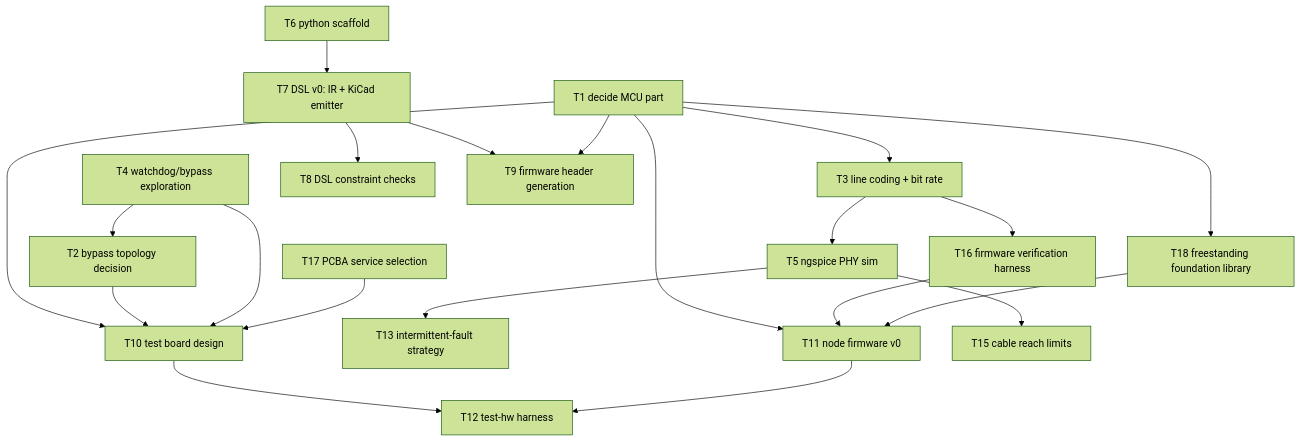
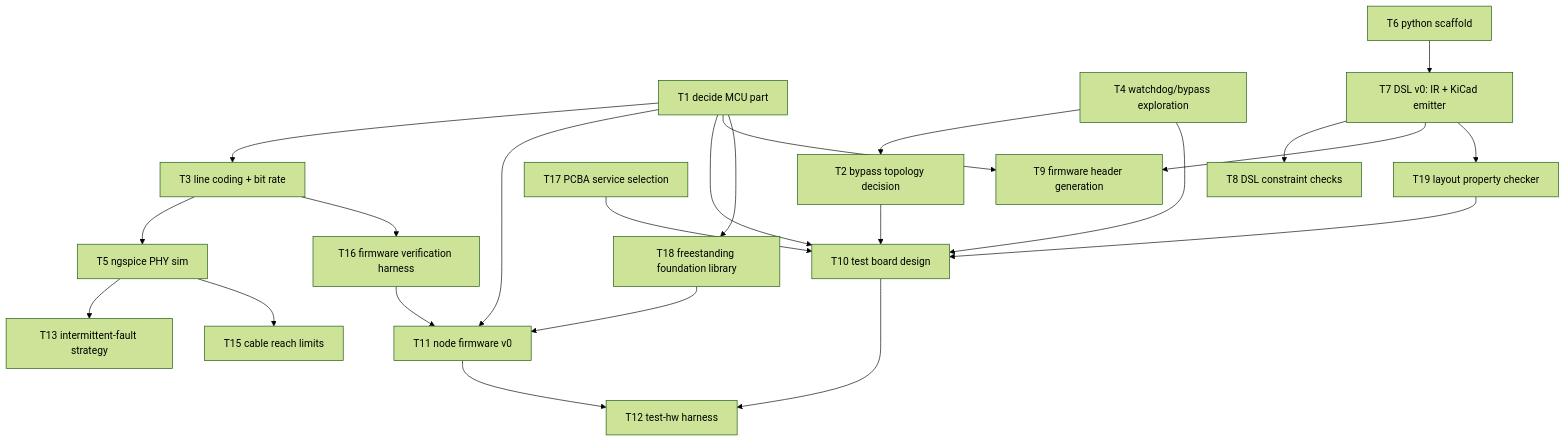
Before and after one commit to kristofferkoch/oparroy: the diagram in KANBAN.md, drawn with Mermaid (forest theme). The commit also changed other lines of this file and 1 other file, not shown here.

First line of the commit message:
DESIGN: layout property checking, board-level checklist; KANBAN: T19

````diff
--- a/KANBAN.md
+++ b/KANBAN.md
@@ -34,23 +34,25 @@
 ```mermaid
 graph TD
     T1[T1 decide MCU part] --> T3[T3 line coding + bit rate]
     T1 --> T11[T11 node firmware v0]
     T3 --> T5[T5 ngspice PHY sim]
     T5 --> T13[T13 intermittent-fault strategy]
     T4[T4 watchdog/bypass exploration] --> T2[T2 bypass topology decision]
     T1 --> T10[T10 test board design]
     T2 --> T10
     T4 --> T10
     T17[T17 PCBA service selection] --> T10
+    T19 --> T10
     T6[T6 python scaffold] --> T7[T7 DSL v0: IR + KiCad emitter]
     T7 --> T8[T8 DSL constraint checks]
     T7 --> T9[T9 firmware header generation]
+    T7 --> T19[T19 layout property checker]
     T1 --> T9
     T10 --> T12[T12 test-hw harness]
     T11 --> T12
     T5 --> T15[T15 cable reach limits]
     T3 --> T16[T16 firmware verification harness]
     T16 --> T11
     T1 --> T18[T18 freestanding foundation library]
     T18 --> T11
 ```
````
